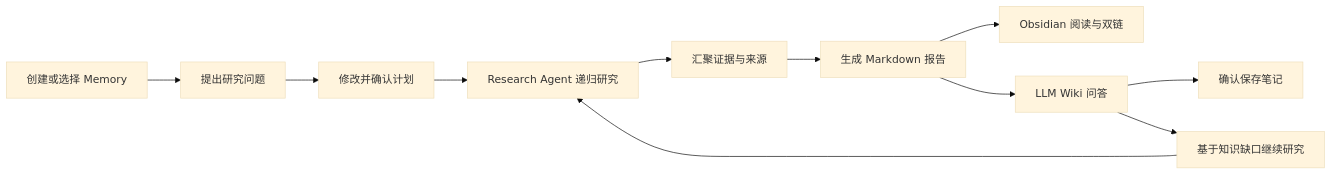
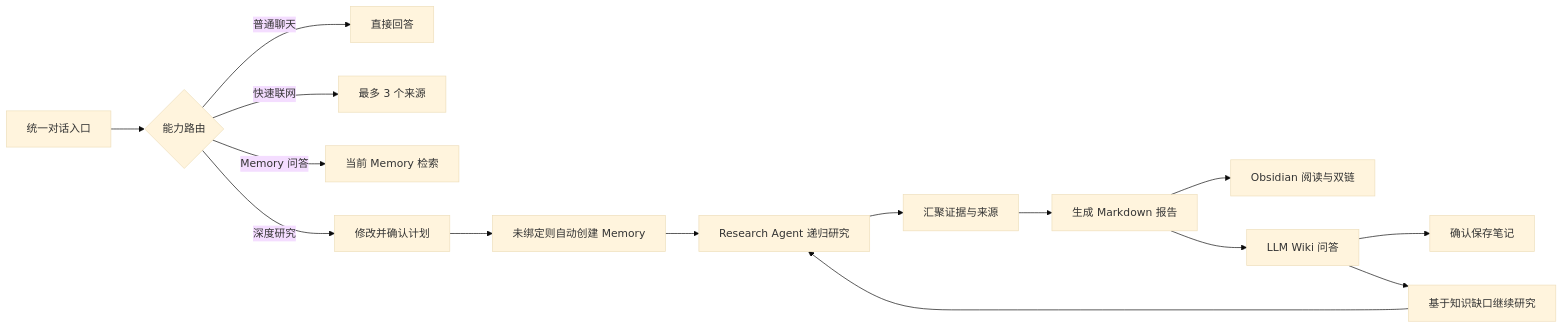
The first of 2 diagrams in README.md (boluodaixue/paperpilot), drawn with Mermaid (base theme) before and after one commit. The commit also changed other lines of this file and 5 other files, not shown here.

````diff
--- a/README.md
+++ b/README.md
@@ -75,13 +78,17 @@
 ```mermaid
 flowchart LR
-    A[创建或选择 Memory] --> B[提出研究问题]
-    B --> C[修改并确认计划]
-    C --> D[Research Agent 递归研究]
+    A[统一对话入口] --> B{能力路由}
+    B -->|普通聊天| C1[直接回答]
+    B -->|快速联网| C2[最多 3 个来源]
+    B -->|Memory 问答| C3[当前 Memory 检索]
+    B -->|深度研究| C[修改并确认计划]
+    C --> C4[未绑定则自动创建 Memory]
+    C4 --> D[Research Agent 递归研究]
     D --> E[汇聚证据与来源]
     E --> F[生成 Markdown 报告]
     F --> G[Obsidian 阅读与双链]
     F --> H[LLM Wiki 问答]
     H --> I[确认保存笔记]
     H --> J[基于知识缺口继续研究]
     J --> D
 ```
````
